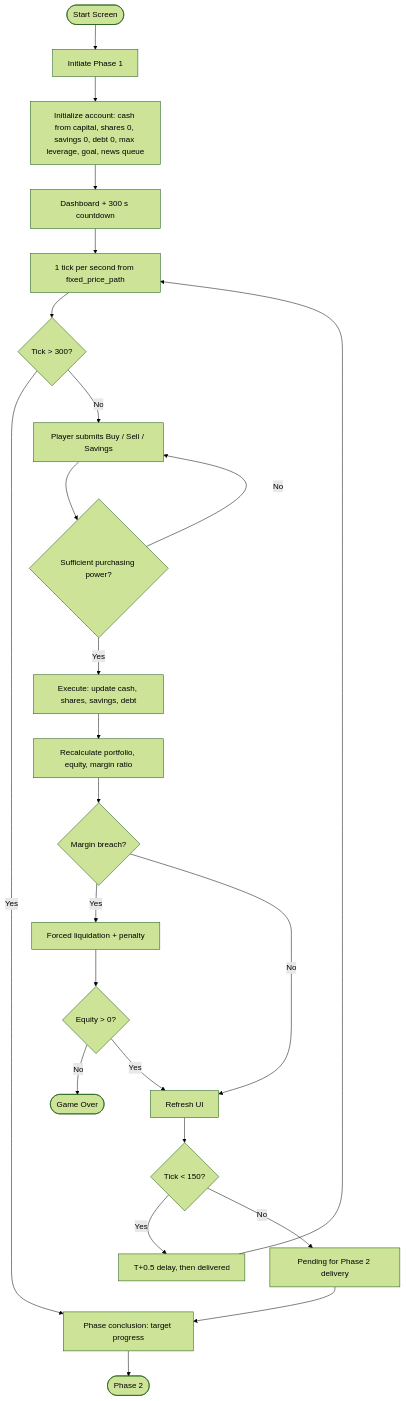
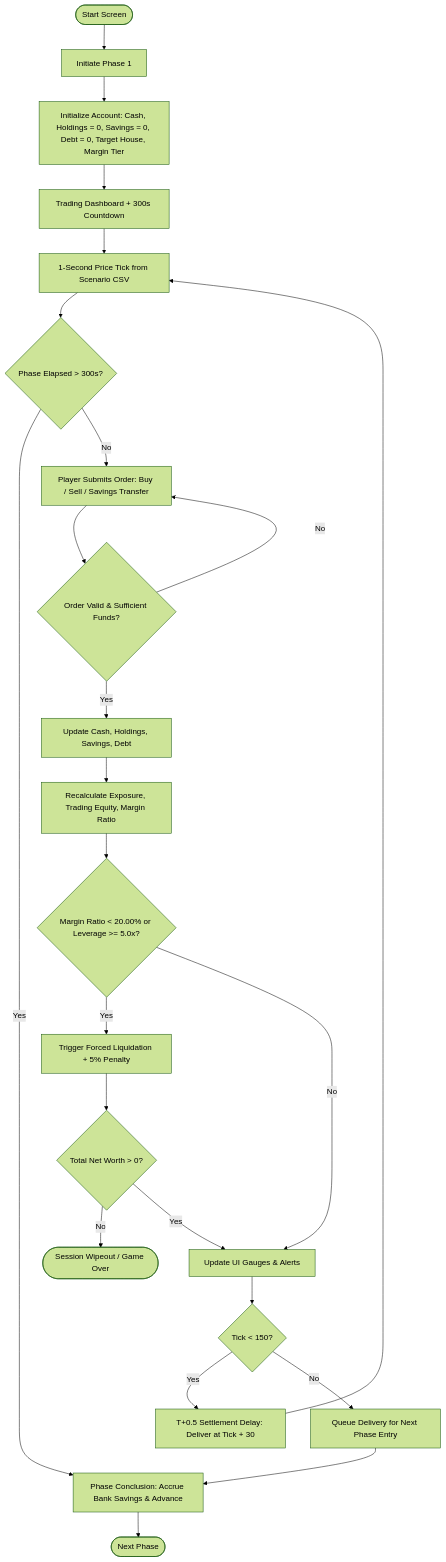
One commit to FTU-Legacy-63/G06 changed the diagram in docs/user_flow.md. Above: the diagram before and after it, drawn with Mermaid (forest theme). The commit also changed other lines of this file, not shown here.

````diff
--- a/docs/user_flow.md
+++ b/docs/user_flow.md
@@ -15,22 +28,22 @@
 ```mermaid
 flowchart TD
     A([Start Screen]) --> B[Initiate Phase 1]
-    B --> C[Initialize account: cash from capital, shares 0, savings 0, debt 0, max leverage, goal, news queue]
-    C --> D[Dashboard + 300 s countdown]
-    D --> E[1 tick per second from fixed_price_path]
-    E --> G{Tick > 300?}
-    G -- Yes --> H[Phase conclusion: target progress] --> I([Phase 2])
-    G -- No --> J[Player submits Buy / Sell / Savings]
-    J --> K{Sufficient purchasing power?}
+    B --> C["Initialize Account: Cash, Holdings = 0, Savings = 0, Debt = 0, Target House, Margin Tier"]
+    C --> D[Trading Dashboard + 300s Countdown]
+    D --> E[1-Second Price Tick from Scenario CSV]
+    E --> G{Phase Elapsed > 300s?}
+    G -- Yes --> H[Phase Conclusion: Accrue Bank Savings & Advance] --> I([Next Phase])
+    G -- No --> J[Player Submits Order: Buy / Sell / Savings Transfer]
+    J --> K{Order Valid & Sufficient Funds?}
     K -- No --> J
-    K -- Yes --> L[Execute: update cash, shares, savings, debt]
-    L --> M[Recalculate portfolio, equity, margin ratio]
-    M --> N{Margin breach?}
-    N -- Yes --> O[Forced liquidation + penalty] --> P{Equity > 0?}
-    P -- No --> Q([Game Over])
-    P -- Yes --> R[Refresh UI]
+    K -- Yes --> L[Update Cash, Holdings, Savings, Debt]
+    L --> M[Recalculate Exposure, Trading Equity, Margin Ratio]
+    M --> N{Margin Ratio < 20.00% or Leverage >= 5.0x?}
+    N -- Yes --> O[Trigger Forced Liquidation + 5% Penalty] --> P{Total Net Worth > 0?}
+    P -- No --> Q([Session Wipeout / Game Over])
+    P -- Yes --> R[Update UI Gauges & Alerts]
     N -- No --> R
     R --> S{Tick < 150?}
-    S -- Yes --> T[T+0.5 delay, then delivered] --> E
-    S -- No --> V[Pending for Phase 2 delivery] --> H
+    S -- Yes --> T[T+0.5 Settlement Delay: Deliver at Tick + 30] --> E
+    S -- No --> V[Queue Delivery for Next Phase Entry] --> H
 ```
````
